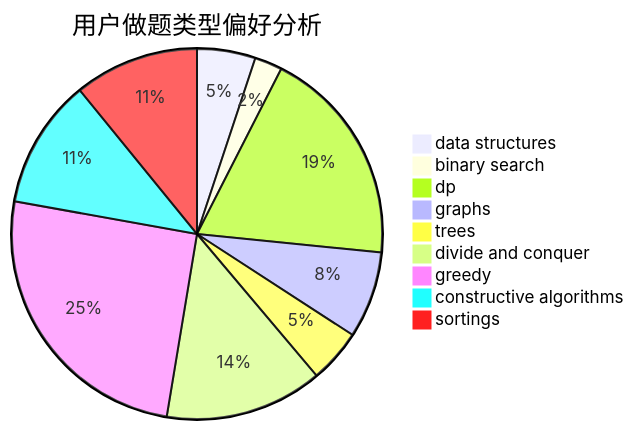
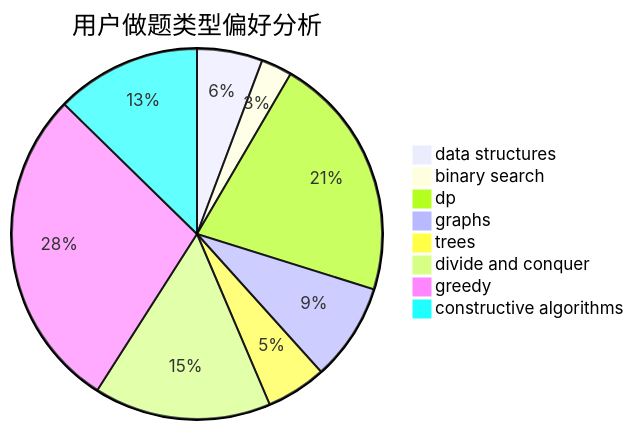
The second of 3 diagrams in docs/user/u1214.md (sherpahu/cfrs.github.io), drawn with Mermaid before and after one commit. The commit also changed other lines of this file and 2769 other files, not shown here.

````diff
--- a/docs/user/u1214.md
+++ b/docs/user/u1214.md
@@ -18,12 +18,11 @@
 ```mermaid
 pie title 用户做题类型偏好分析
     "data structures" :  74
     "binary search" :  35
     "dp" :  277
     "graphs" :  110
     "trees" :  68
     "divide and conquer" :  200
     "greedy" :  366
     "constructive algorithms" :  164
-    "sortings" :  158
 ```
````
